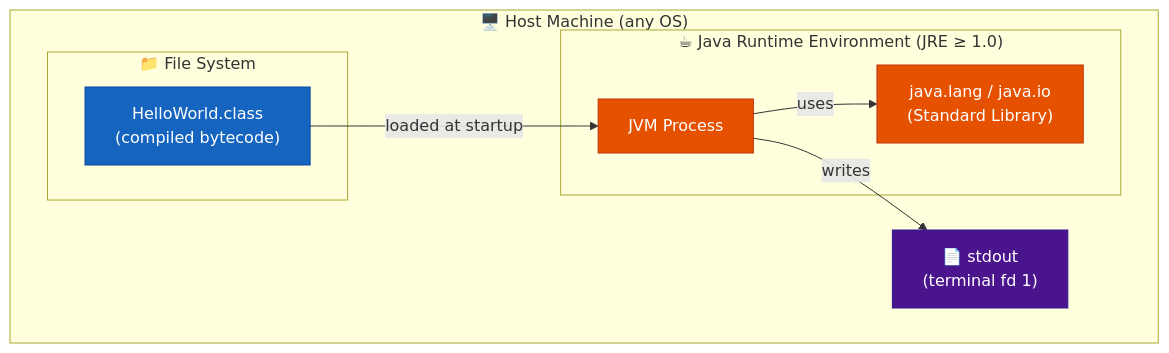
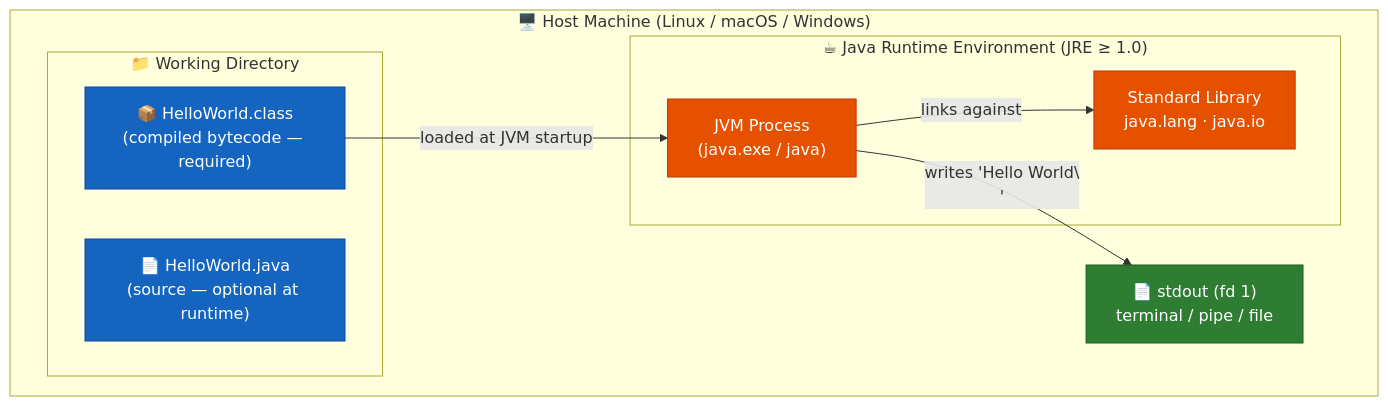
Before and after one commit to ktruchcz/copilot-test-ktruchcz: diagram 14 of 20 in arc42-documentation.md, drawn with Mermaid. The commit also changed other lines of this file, not shown here.

First line of the commit message:
Update arc42-documentation.md to v1.1.0 with enhanced content and new diagrams

````diff
--- a/arc42-documentation.md
+++ b/arc42-documentation.md
@@ -365,24 +518,26 @@
 ```mermaid
 graph TB
     classDef machine fill:#37474F,stroke:#263238,color:#fff,font-weight:bold
     classDef jre fill:#E65100,stroke:#BF360C,color:#fff
     classDef artifact fill:#1565C0,stroke:#0D47A1,color:#fff
     classDef fs fill:#4A148C,stroke:#311B92,color:#fff
+    classDef io fill:#2E7D32,stroke:#1B5E20,color:#fff
 
-    subgraph HostMachine["🖥️ Host Machine (any OS)"]
-        subgraph FileSystem["📁 File System"]
-            classFile["HelloWorld.class\n(compiled bytecode)"]:::artifact
+    subgraph HostMachine["🖥️ Host Machine (Linux / macOS / Windows)"]
+        subgraph FileSystem["📁 Working Directory"]
+            sourceFile["📄 HelloWorld.java\n(source — optional at runtime)"]:::artifact
+            classFile["📦 HelloWorld.class\n(compiled bytecode — required)"]:::artifact
         end
 
         subgraph JRE["☕ Java Runtime Environment (JRE ≥ 1.0)"]
-            JVM["JVM Process"]:::jre
-            StdLib["java.lang / java.io\n(Standard Library)"]:::jre
+            JVM["JVM Process\n(java.exe / java)"]:::jre
+            StdLib["Standard Library\njava.lang · java.io"]:::jre
         end
 
-        stdout["📄 stdout\n(terminal fd 1)"]:::fs
+        Terminal["📄 stdout (fd 1)\nterminal / pipe / file"]:::io
     end
 
-    classFile -->|"loaded at startup"| JVM
-    JVM -->|"uses"| StdLib
-    JVM -->|"writes"| stdout
+    classFile -->|"loaded at JVM startup"| JVM
+    JVM -->|"links against"| StdLib
+    JVM -->|"writes 'Hello World\\n'"| Terminal
 ```
````
